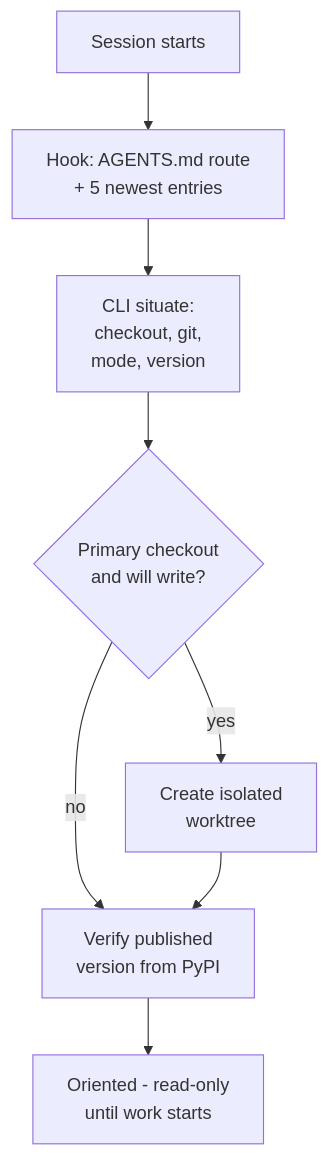
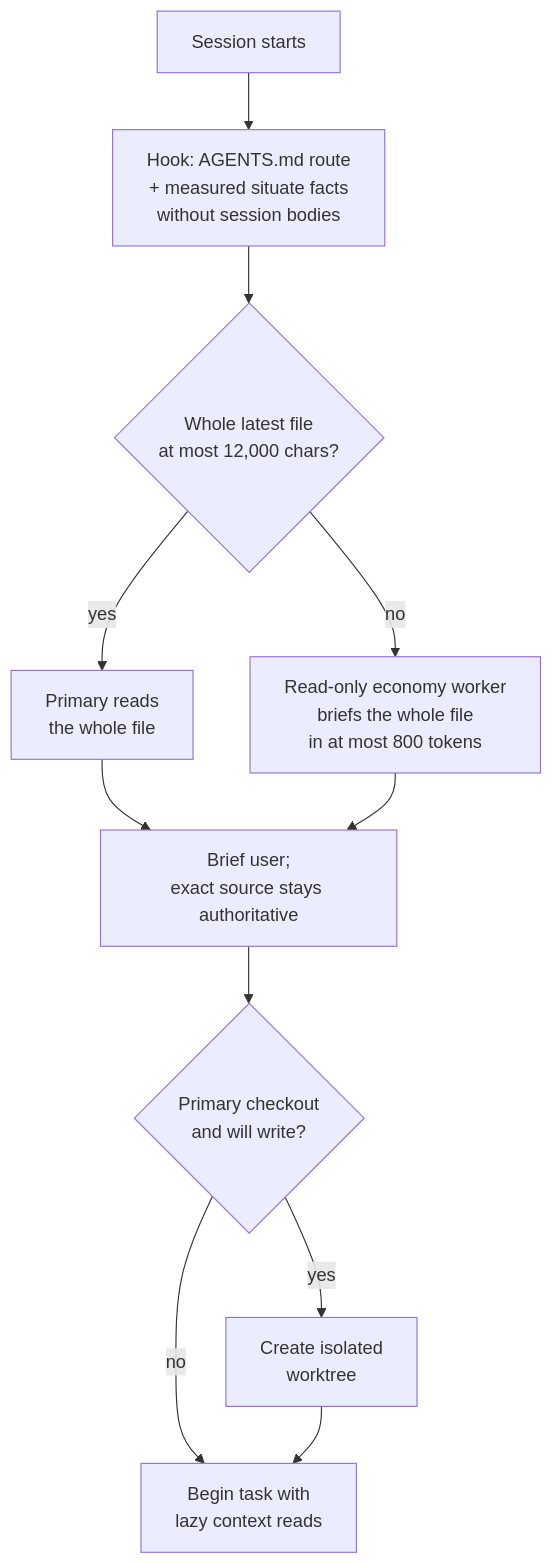
One commit to jnl-tshi/memory-seed changed the second of 9 diagrams in docs/1_Inbox/agent-interaction-storylines-review.md. Above: the diagram before and after it, drawn with Mermaid. The commit also changed other lines of this file and 3 other files, not shown here.

````diff
--- a/docs/1_Inbox/agent-interaction-storylines-review.md
+++ b/docs/1_Inbox/agent-interaction-storylines-review.md
@@ -96,10 +129,13 @@
 ```mermaid
 flowchart TD
-    A["Session starts"] --> B["Hook: AGENTS.md route<br/>+ 5 newest entries"]
-    B --> C["CLI situate:<br/>checkout, git,<br/>mode, version"]
-    C --> D{"Primary checkout<br/>and will write?"}
-    D -- yes --> E["Create isolated<br/>worktree"]
-    D -- no --> F["Verify published<br/>version from PyPI"]
+    A["Session starts"] --> B["Hook: AGENTS.md route<br/>+ measured situate facts<br/>without session bodies"]
+    B --> C{"Whole latest file<br/>at most 12,000 chars?"}
+    C -- yes --> D["Primary reads<br/>the whole file"]
+    C -- no --> E["Read-only economy worker<br/>briefs the whole file<br/>in at most 800 tokens"]
+    D --> F["Brief user;<br/>exact source stays authoritative"]
     E --> F
-    F --> G["Oriented - read-only<br/>until work starts"]
+    F --> G{"Primary checkout<br/>and will write?"}
+    G -- yes --> H["Create isolated<br/>worktree"]
+    G -- no --> I["Begin task with<br/>lazy context reads"]
+    H --> I
 ```
````
